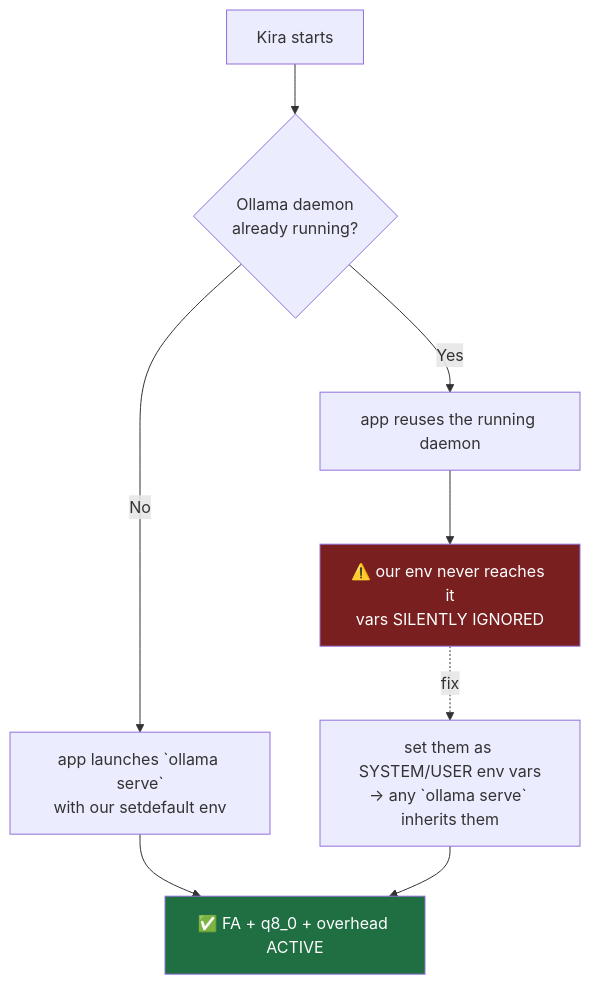
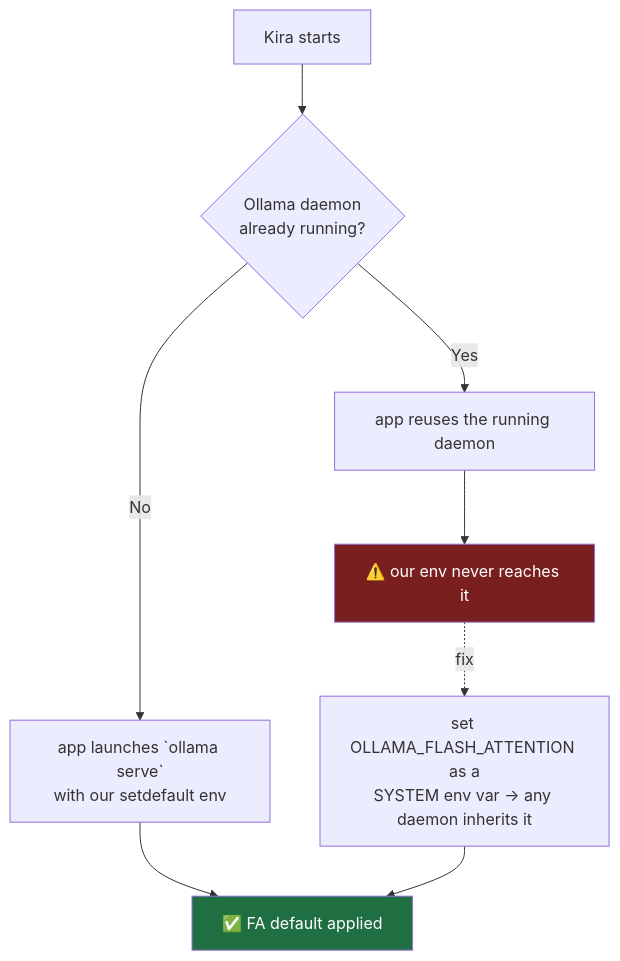
Before and after one commit to plynte-labs/OpenCohost: the second of 2 diagrams in docs/adr/ADR-023-ollama-config-hardening-12gb.md, drawn with Mermaid. The commit also changed other lines of this file and 2 other files, not shown here.

First line of the commit message:
docs(adr): correct e4b VRAM premise; ADR-023 to flash-attention only

````diff
--- a/docs/adr/ADR-023-ollama-config-hardening-12gb.md
+++ b/docs/adr/ADR-023-ollama-config-hardening-12gb.md
@@ -36,12 +53,12 @@
 ```mermaid
 flowchart TD
     Boot[Kira starts] --> Q{Ollama daemon<br/>already running?}
     Q -->|No| Launch["app launches `ollama serve`<br/>with our setdefault env"]
-    Launch --> Good["✅ FA + q8_0 + overhead ACTIVE"]
+    Launch --> Good["✅ FA default applied"]
     Q -->|Yes| Reuse["app reuses the running daemon"]
-    Reuse --> Bad["⚠️ our env never reaches it<br/>vars SILENTLY IGNORED"]
-    Bad -. fix .-> Sys["set them as SYSTEM/USER env vars<br/>→ any `ollama serve` inherits them"]
+    Reuse --> Bad["⚠️ our env never reaches it"]
+    Bad -. fix .-> Sys["set OLLAMA_FLASH_ATTENTION as a<br/>SYSTEM env var → any daemon inherits it"]
     Sys --> Good
     style Good fill:#1f6f43,color:#fff
     style Bad fill:#7a1f1f,color:#fff
 ```
````
